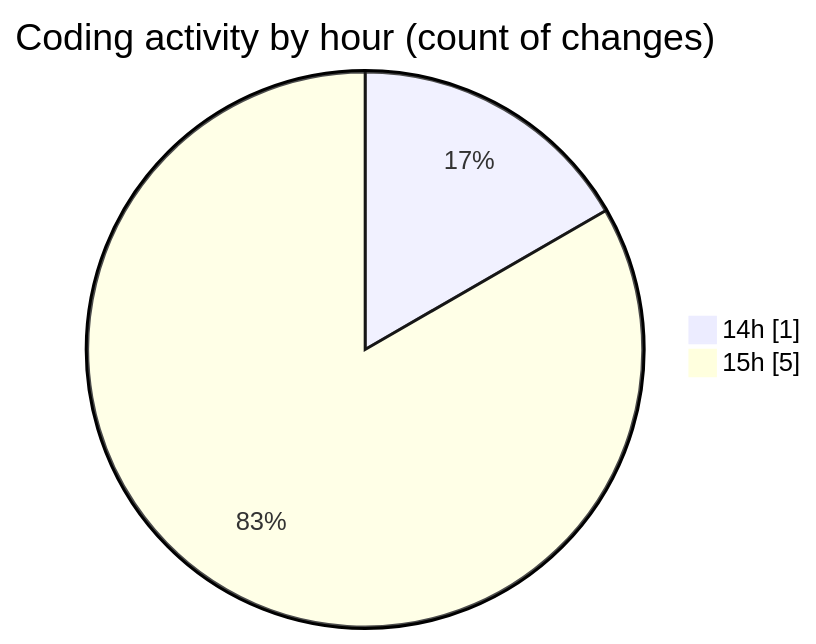
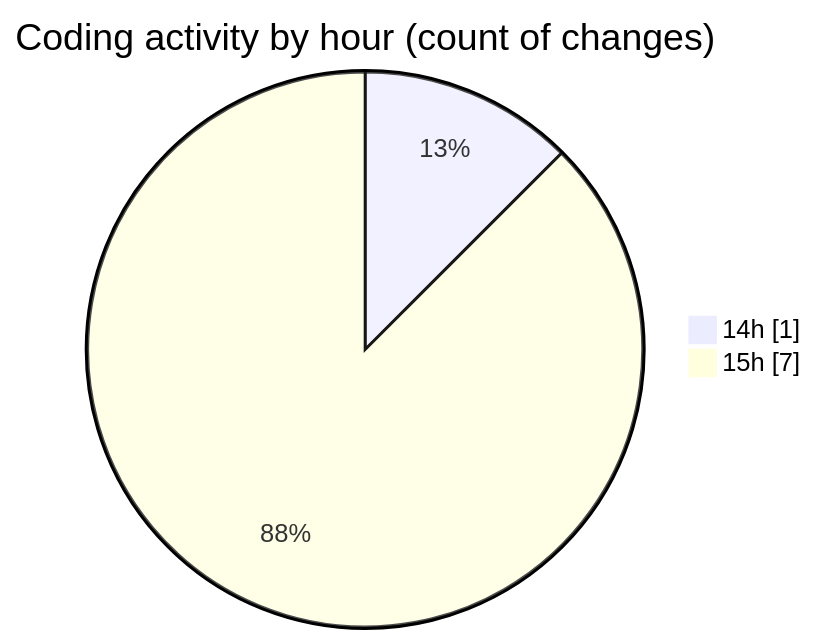
One commit to NitaiMahat/code-tracking changed the second of 2 diagrams in 2025-02-08/optional_codings/README.md. Above: the diagram before and after it, drawn with Mermaid. The commit also changed other lines of this file and 1 other file, not shown here.

````diff
--- a/2025-02-08/optional_codings/README.md
+++ b/2025-02-08/optional_codings/README.md
@@ -29,6 +29,6 @@
 ```mermaid
 pie showData
 title Coding activity by hour (count of changes)
 "14h" : 1
-"15h" : 5
+"15h" : 7
 ```
````
